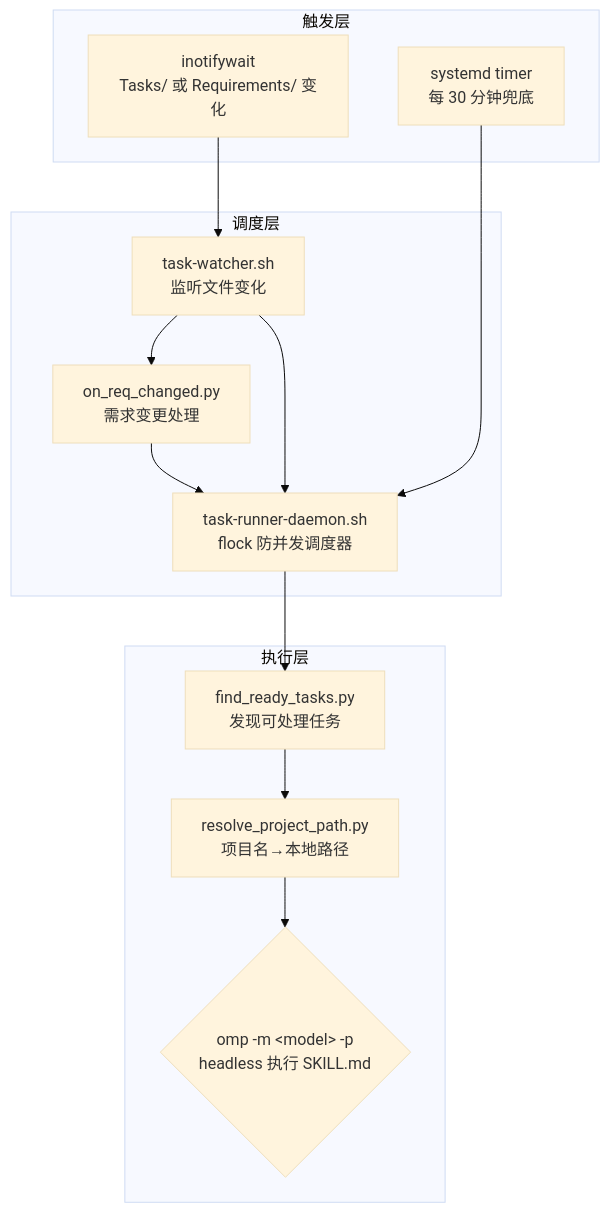
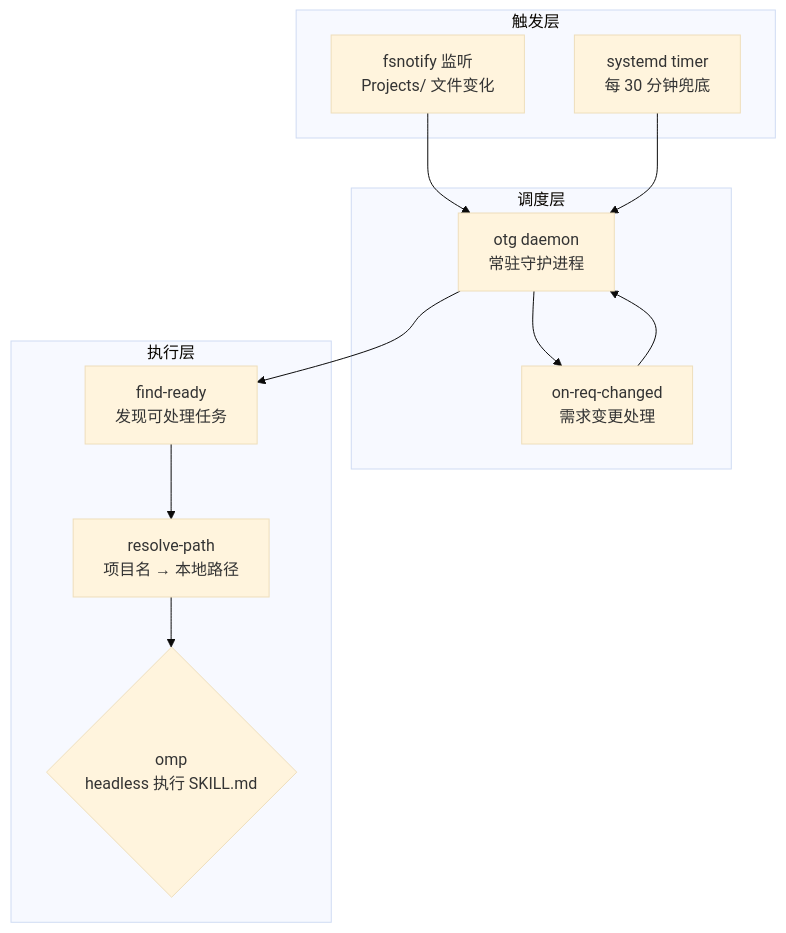
The first of 5 diagrams in docs/workflow.md (ndzuki/obsidian-task-runner), drawn with Mermaid (base theme) before and after one commit. The commit also changed other lines of this file and 1 other file, not shown here.

````diff
--- a/docs/workflow.md
+++ b/docs/workflow.md
@@ -7,28 +7,26 @@
 ```mermaid
 flowchart TD
-    subgraph 触发层
-        A[inotifywait<br/>Tasks/ 或 Requirements/ 变化]
+    subgraph "触发层"
+        A[fsnotify 监听<br/>Projects/ 文件变化]
         B[systemd timer<br/>每 30 分钟兜底]
     end
 
-    subgraph 调度层
-        C[task-watcher.sh<br/>监听文件变化]
-        D[on_req_changed.py<br/>需求变更处理]
-        E[task-runner-daemon.sh<br/>flock 防并发调度器]
+    subgraph "调度层"
+        C[otg daemon<br/>常驻守护进程]
+        D[on-req-changed<br/>需求变更处理]
     end
 
-    subgraph 执行层
-        F[find_ready_tasks.py<br/>发现可处理任务]
-        G[resolve_project_path.py<br/>项目名→本地路径]
-        H{omp -m &lt;model&gt; -p<br/>headless 执行 SKILL.md}
+    subgraph "执行层"
+        E[find-ready<br/>发现可处理任务]
+        F[resolve-path<br/>项目名 → 本地路径]
+        G{omp<br/>headless 执行 SKILL.md}
     end
 
     A --> C
     C --> D
-    D --> E
+    D --> C
+    B --> C
     C --> E
-    B --> E
     E --> F
     F --> G
-    G --> H
 ```
````
